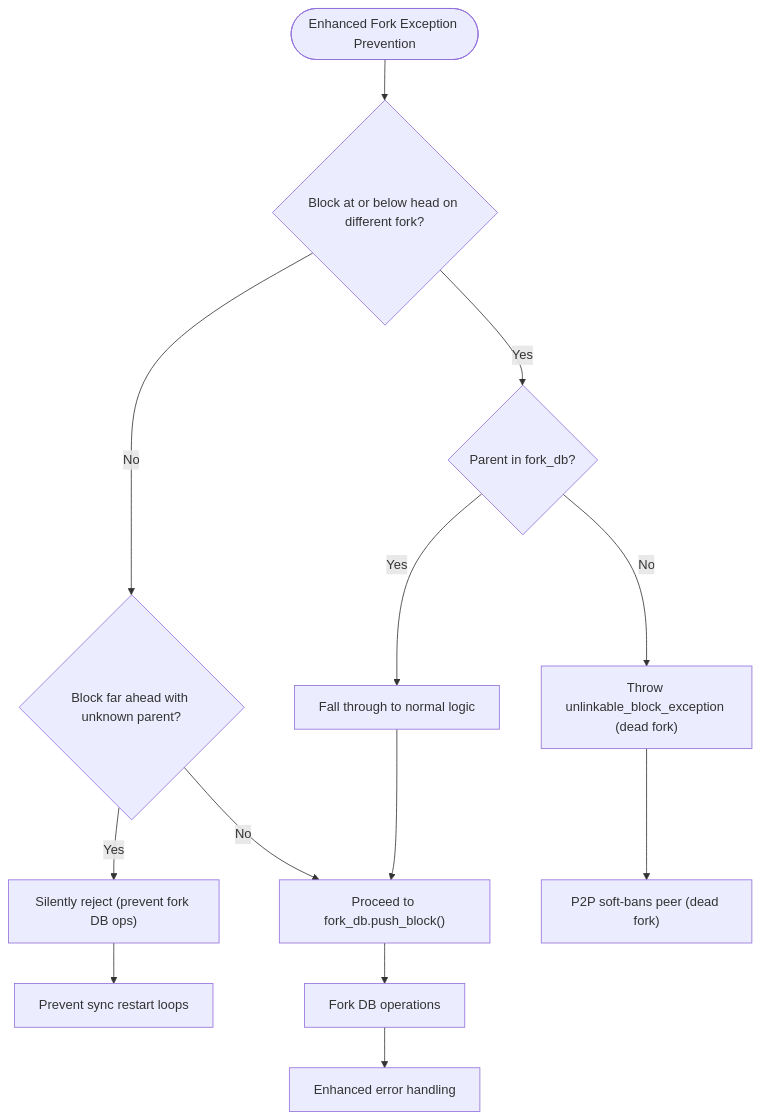
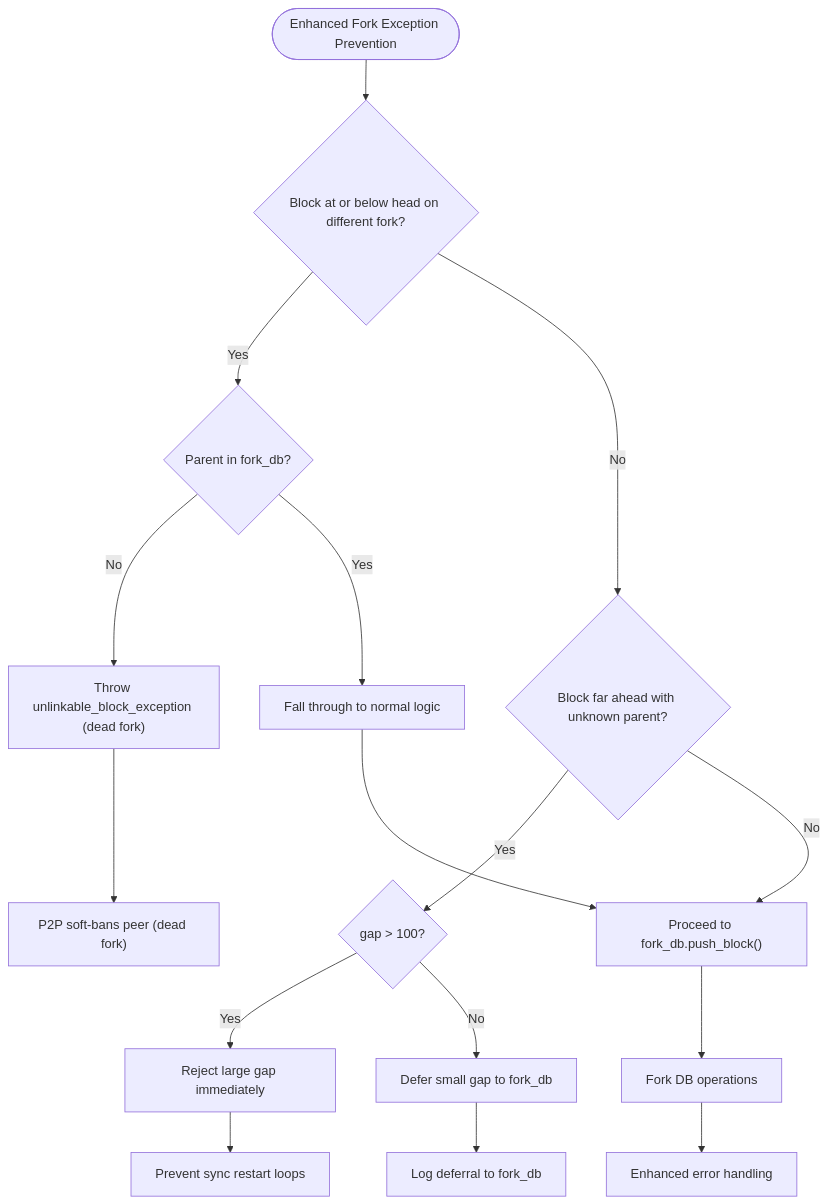
Before and after one commit to VIZ-Blockchain/viz-cpp-node: diagram 20 of 32 in .qoder/repowiki/en/content/Architecture Overview/Core Libraries/Chain Library/Database Management/Database Management.md, drawn with Mermaid. The commit also changed other lines of this file and 5 other files, not shown here.

````diff
--- a/.qoder/repowiki/en/content/Architecture Overview/Core Libraries/Chain Library/Database Management/Database Management.md
+++ b/.qoder/repowiki/en/content/Architecture Overview/Core Libraries/Chain Library/Database Management/Database Management.md
@@ -1059,15 +1068,18 @@
 ```mermaid
 flowchart TD
 Start(["Enhanced Fork Exception Prevention"]) --> CheckDeadFork{"Block at or below head on different fork?"}
 CheckDeadFork --> |Yes| CheckParentKnown{"Parent in fork_db?"}
 CheckParentKnown --> |No| ThrowDeadFork["Throw unlinkable_block_exception (dead fork)"]
 CheckParentKnown --> |Yes| NormalLogic["Fall through to normal logic"]
 CheckDeadFork --> |No| CheckFarAhead{"Block far ahead with unknown parent?"}
-CheckFarAhead --> |Yes| SilentReject["Silently reject (prevent fork DB ops)"]
+CheckFarAhead --> |Yes| CheckGap{"gap > 100?"}
+CheckGap --> |Yes| RejectLargeGap["Reject large gap immediately"]
+CheckGap --> |No| DeferSmallGap["Defer small gap to fork_db"]
 CheckFarAhead --> |No| CheckForkDB["Proceed to fork_db.push_block()"]
 ThrowDeadFork --> Classify["P2P soft-bans peer (dead fork)"]
-SilentReject --> PreventLoop["Prevent sync restart loops"]
+RejectLargeGap --> PreventLoop["Prevent sync restart loops"]
+DeferSmallGap --> LogDefer["Log deferral to fork_db"]
 NormalLogic --> CheckForkDB
 CheckForkDB --> ForkDBOps["Fork DB operations"]
 ForkDBOps --> EnhancedHandling["Enhanced error handling"]
 ```
````
